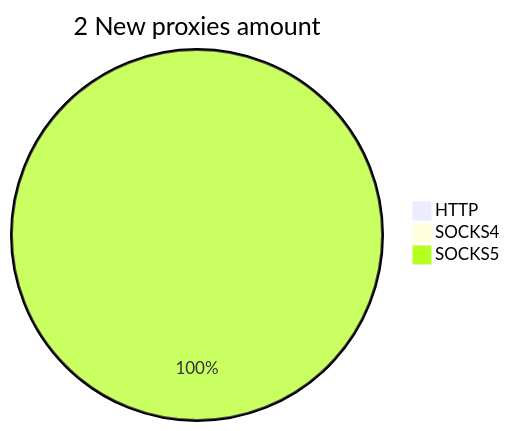
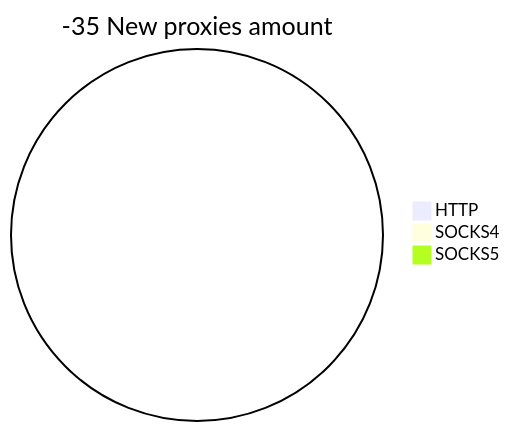
Before and after one commit to cutipu/proxylist: the second of 2 diagrams in README.md, drawn with Mermaid. The commit also changed other lines of this file, not shown here.

````diff
--- a/README.md
+++ b/README.md
@@ -10,6 +10,6 @@
 ```mermaid
-pie title 2 New proxies amount
+pie title -35 New proxies amount
     "HTTP" : 0
     "SOCKS4" : 0
-    "SOCKS5" : 2
+    "SOCKS5" : 0
 ```
````
